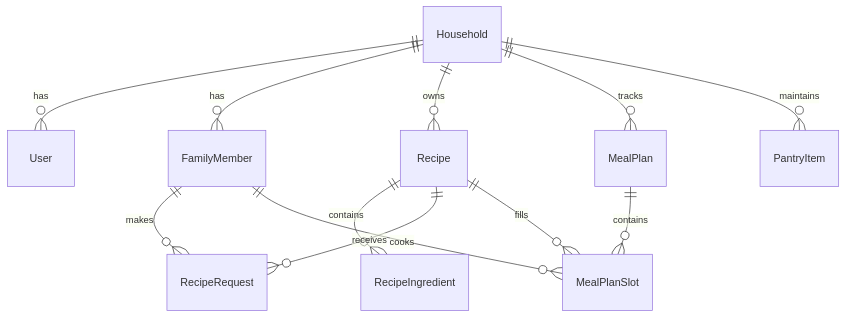
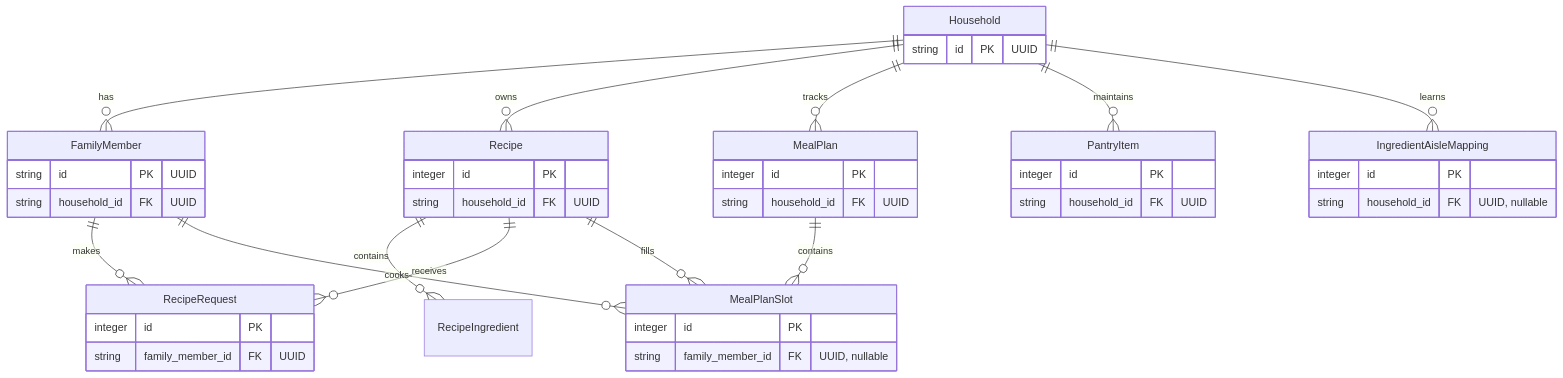
One commit to Elevate08/familyplates changed the diagram in docs/architecture.md. Above: the diagram before and after it, drawn with Mermaid. The commit also changed 15 other files, not shown here.

First line of the commit message:
Migrate household and member keys to UUIDs

````diff
--- a/docs/architecture.md
+++ b/docs/architecture.md
@@ -21,15 +21,47 @@
 ```mermaid
 erDiagram
-    Household ||--o{ User : has
     Household ||--o{ FamilyMember : has
     Household ||--o{ Recipe : owns
     Household ||--o{ MealPlan : tracks
     Household ||--o{ PantryItem : maintains
+    Household ||--o{ IngredientAisleMapping : learns
 
     MealPlan ||--o{ MealPlanSlot : contains
     Recipe ||--o{ RecipeIngredient : contains
     Recipe ||--o{ RecipeRequest : receives
     FamilyMember ||--o{ RecipeRequest : makes
     FamilyMember ||--o{ MealPlanSlot : cooks
     Recipe ||--o{ MealPlanSlot : fills
+
+    Household {
+        string id PK "UUID"
+    }
+    FamilyMember {
+        string id PK "UUID"
+        string household_id FK "UUID"
+    }
+    Recipe {
+        integer id PK
+        string household_id FK "UUID"
+    }
+    MealPlan {
+        integer id PK
+        string household_id FK "UUID"
+    }
+    PantryItem {
+        integer id PK
+        string household_id FK "UUID"
+    }
+    IngredientAisleMapping {
+        integer id PK
+        string household_id FK "UUID, nullable"
+    }
+    MealPlanSlot {
+        integer id PK
+        string family_member_id FK "UUID, nullable"
+    }
+    RecipeRequest {
+        integer id PK
+        string family_member_id FK "UUID"
+    }
 ```
````
